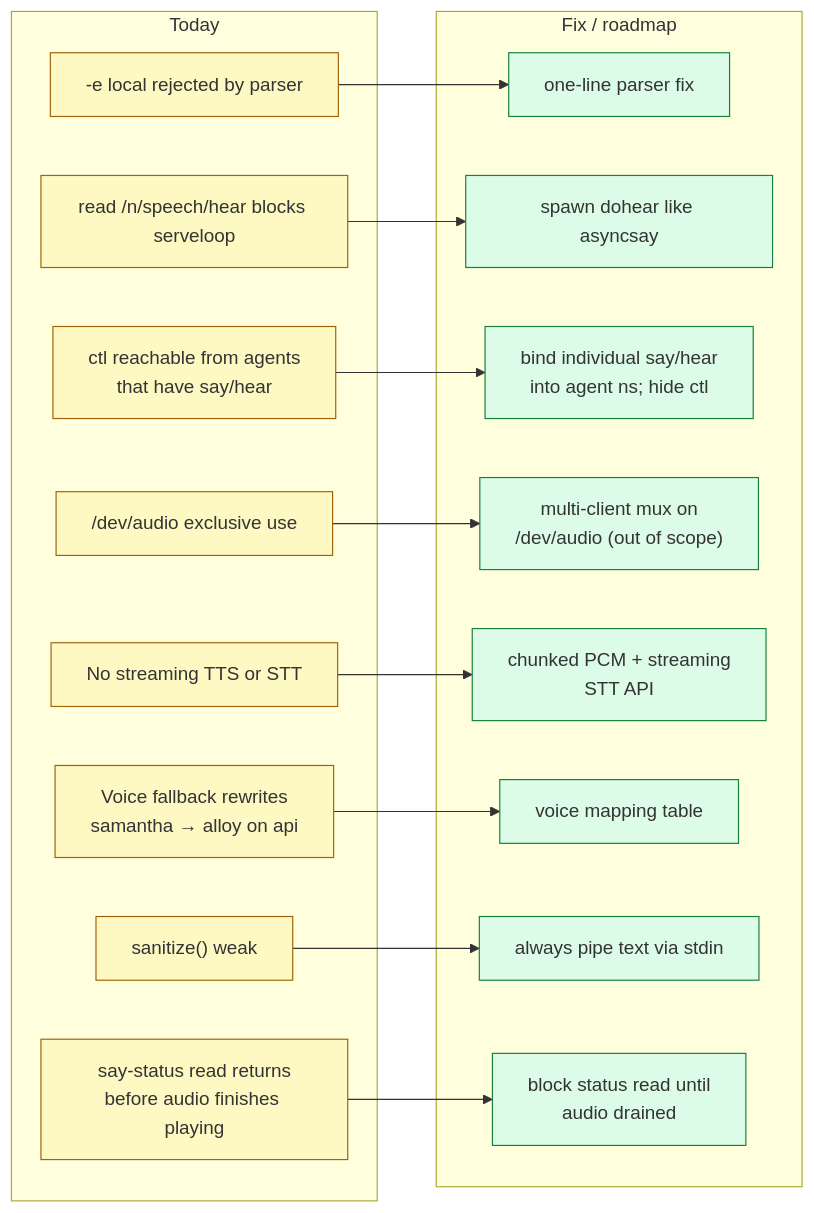
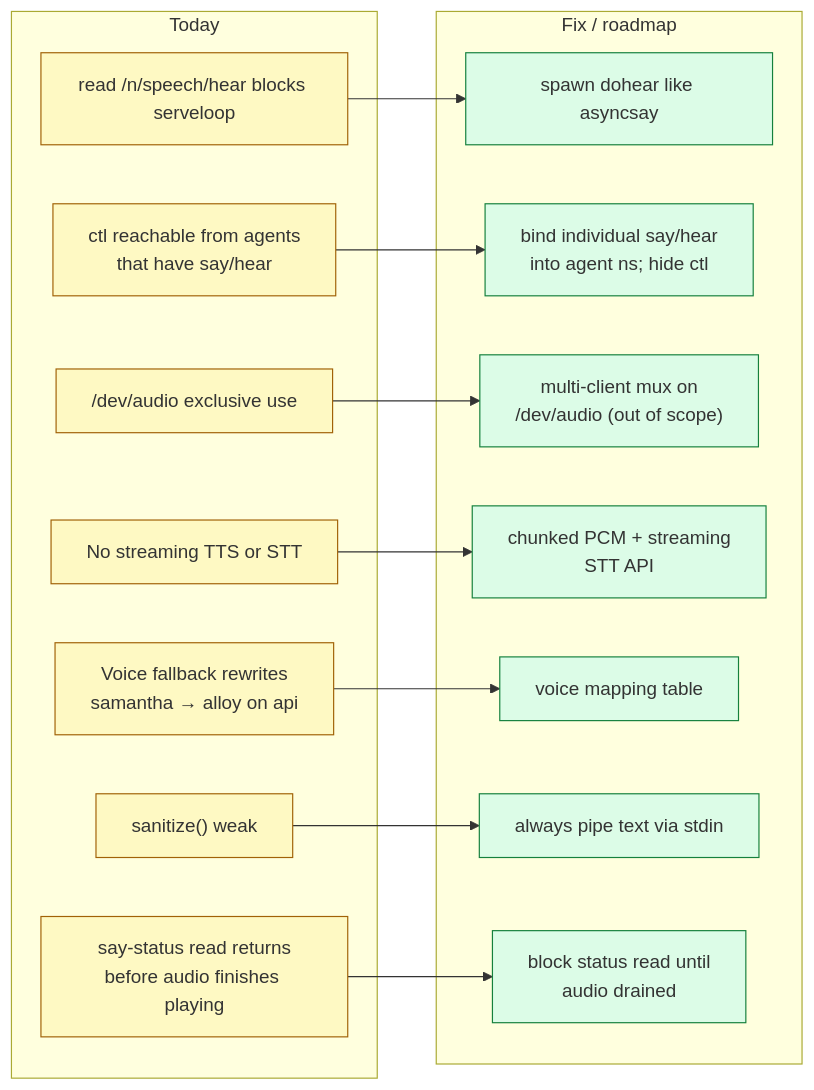
Diagram 13 of 16 in docs/SPEECH-ARCHITECTURE.md (infernode-os/infernode), drawn with Mermaid before and after one commit. The commit also changed other lines of this file and 18 other files, not shown here.

First line of the commit message:
docs: architecture, Veltro and the LLM seam as they are now

````diff
--- a/docs/SPEECH-ARCHITECTURE.md
+++ b/docs/SPEECH-ARCHITECTURE.md
@@ -569,37 +571,34 @@
 ```mermaid
 flowchart LR
     subgraph today["Today"]
-        l1["-e local rejected by parser"]
         l2["read /n/speech/hear blocks serveloop"]
         l3["ctl reachable from agents<br/>that have say/hear"]
         l4["/dev/audio exclusive use"]
         l5["No streaming TTS or STT"]
         l6["Voice fallback rewrites<br/>samantha → alloy on api"]
         l7["sanitize() weak"]
         l8["say-status read returns<br/>before audio finishes playing"]
     end
     subgraph fix["Fix / roadmap"]
-        f1["one-line parser fix"]
         f2["spawn dohear like asyncsay"]
         f3["bind individual say/hear<br/>into agent ns; hide ctl"]
         f4["multi-client mux on<br/>/dev/audio (out of scope)"]
         f5["chunked PCM + streaming<br/>STT API"]
         f6["voice mapping table"]
         f7["always pipe text via stdin"]
         f8["block status read until<br/>audio drained"]
     end
 
-    l1 --> f1
     l2 --> f2
     l3 --> f3
     l4 --> f4
     l5 --> f5
     l6 --> f6
     l7 --> f7
     l8 --> f8
 
     classDef cur fill:#fef9c3,stroke:#a16207
     classDef good fill:#dcfce7,stroke:#15803d
-    class l1,l2,l3,l4,l5,l6,l7,l8 cur
-    class f1,f2,f3,f4,f5,f6,f7,f8 good
+    class l2,l3,l4,l5,l6,l7,l8 cur
+    class f2,f3,f4,f5,f6,f7,f8 good
 ```
````
